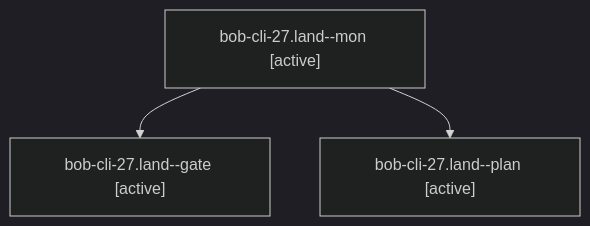
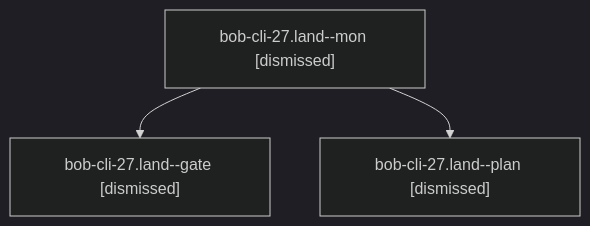
Before and after one commit to bobs-org/bob-cli--agents: the diagram in sessions/bbugyi200.apollo.bob-cli-27.land.md, drawn with Mermaid (dark theme). The commit also changed other lines of this file and 71 other files, not shown here.

````diff
--- a/sessions/bbugyi200.apollo.bob-cli-27.land.md
+++ b/sessions/bbugyi200.apollo.bob-cli-27.land.md
@@ -9,8 +9,8 @@
 ```mermaid
 flowchart TD
-  n0["bob-cli-27.land--mon [active]"]
-  n1["bob-cli-27.land--gate [active]"]
+  n0["bob-cli-27.land--mon [dismissed]"]
+  n1["bob-cli-27.land--gate [dismissed]"]
   n0 --> n1
-  n2["bob-cli-27.land--plan [active]"]
+  n2["bob-cli-27.land--plan [dismissed]"]
   n0 --> n2
 ```
````
